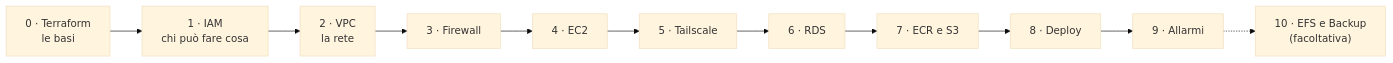
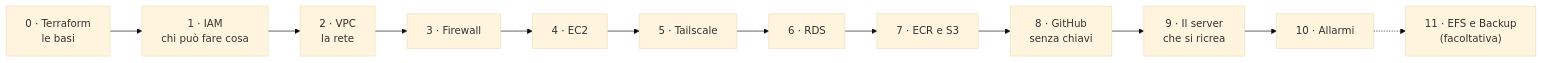
The diagram in README.md (cereZ23/aws), drawn with Mermaid (base theme) before and after one commit. The commit also changed other lines of this file and 9 other files, not shown here.

Commit message:
Review: README rifatto (prerequisiti per lezione, distruggere o lasciare acceso); slide divise e rinumerate (8 GitHub, 9 server, 10 allarmi, 11 EFS)

````diff
--- a/README.md
+++ b/README.md
@@ -17,13 +19,14 @@
 ```mermaid
 flowchart LR
     L0["0 · Terraform<br/>le basi"] --> L1["1 · IAM<br/>chi può fare cosa"]
     L1 --> L2["2 · VPC<br/>la rete"]
     L2 --> L3["3 · Firewall"]
     L3 --> L4["4 · EC2"]
     L4 --> L5["5 · Tailscale"]
     L5 --> L6["6 · RDS"]
     L6 --> L7["7 · ECR e S3"]
-    L7 --> L8["8 · Deploy"]
-    L8 --> L9["9 · Allarmi"]
-    L9 -.-> L10["10 · EFS e Backup<br/>(facoltativa)"]
+    L7 --> L8["8 · GitHub<br/>senza chiavi"]
+    L8 --> L9["9 · Il server<br/>che si ricrea"]
+    L9 --> L10["10 · Allarmi"]
+    L10 -.-> L11["11 · EFS e Backup<br/>(facoltativa)"]
 ```
````
